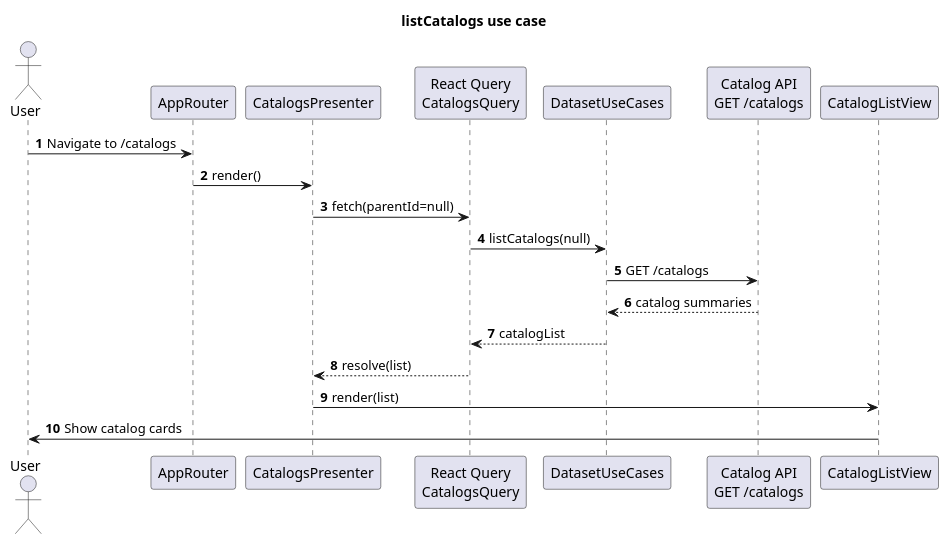
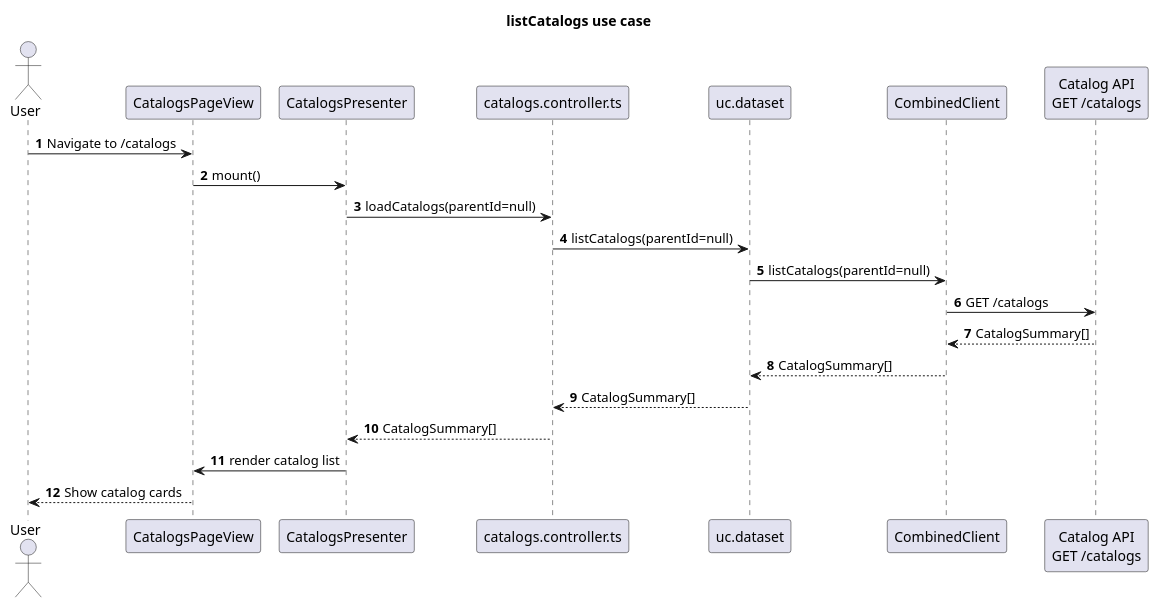
The diagram in diagrams/sequence/listCatalogs.puml (POP2025-EEPW/doorce-frontend), drawn with PlantUML before and after one commit. The commit also changed 7 other files, not shown here.

Commit message:
Fix on diagrams

```diff
--- a/diagrams/sequence/listCatalogs.puml
+++ b/diagrams/sequence/listCatalogs.puml
@@ -1,25 +1,27 @@
 @startuml
 title listCatalogs use case
 autonumber
 
 actor User
 
-participant "AppRouter" as Router
-participant "CatalogsPresenter" as CatalogPresenter
-participant "React Query\nCatalogsQuery" as CatalogsQuery
-participant "DatasetUseCases" as DatasetUC
-participant "Catalog API\nGET /catalogs" as CatalogApi
-participant "CatalogListView" as CatalogListView
+participant "CatalogsPageView" as View
+participant "CatalogsPresenter" as Presenter
+participant "catalogs.controller.ts" as Controller
+participant "uc.dataset" as UseCase
+participant "CombinedClient" as Client
+participant "Catalog API\nGET /catalogs" as Http
 
-User -> Router : Navigate to /catalogs
-Router -> CatalogPresenter : render()
-CatalogPresenter -> CatalogsQuery : fetch(parentId=null)
-CatalogsQuery -> DatasetUC : listCatalogs(null)
-DatasetUC -> CatalogApi : GET /catalogs
-CatalogApi --> DatasetUC : catalog summaries
-DatasetUC --> CatalogsQuery : catalogList
-CatalogsQuery --> CatalogPresenter : resolve(list)
-CatalogPresenter -> CatalogListView : render(list)
-CatalogListView -> User : Show catalog cards
+User -> View : Navigate to /catalogs
+View -> Presenter : mount()
+Presenter -> Controller : loadCatalogs(parentId=null)
+Controller -> UseCase : listCatalogs(parentId=null)
+UseCase -> Client : listCatalogs(parentId=null)
+Client -> Http : GET /catalogs
+Http --> Client : CatalogSummary[]
+Client --> UseCase : CatalogSummary[]
+UseCase --> Controller : CatalogSummary[]
+Controller --> Presenter : CatalogSummary[]
+Presenter -> View : render catalog list
+View --> User : Show catalog cards
 
 @enduml
```
